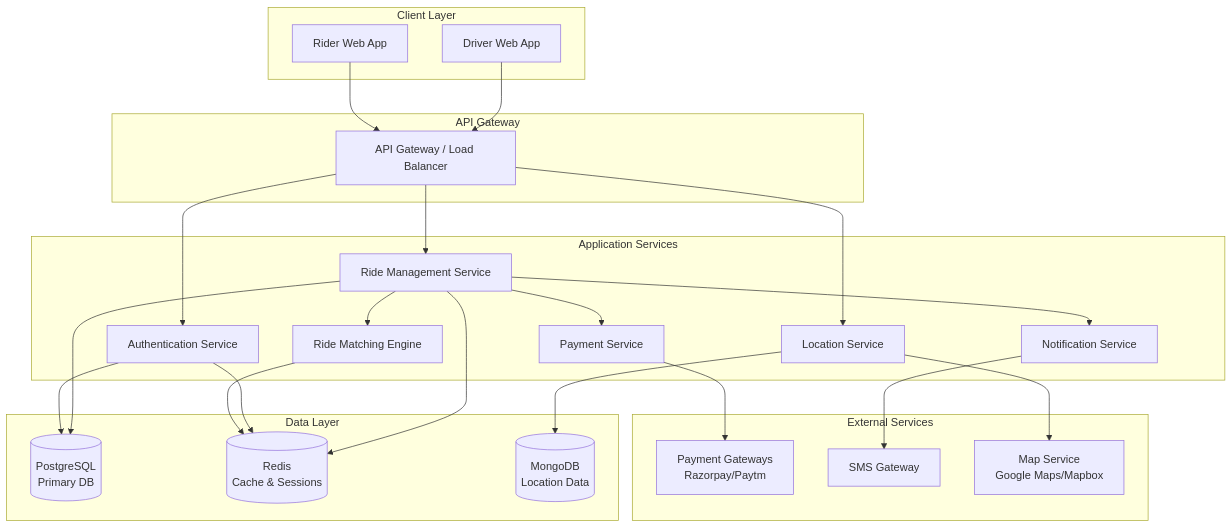
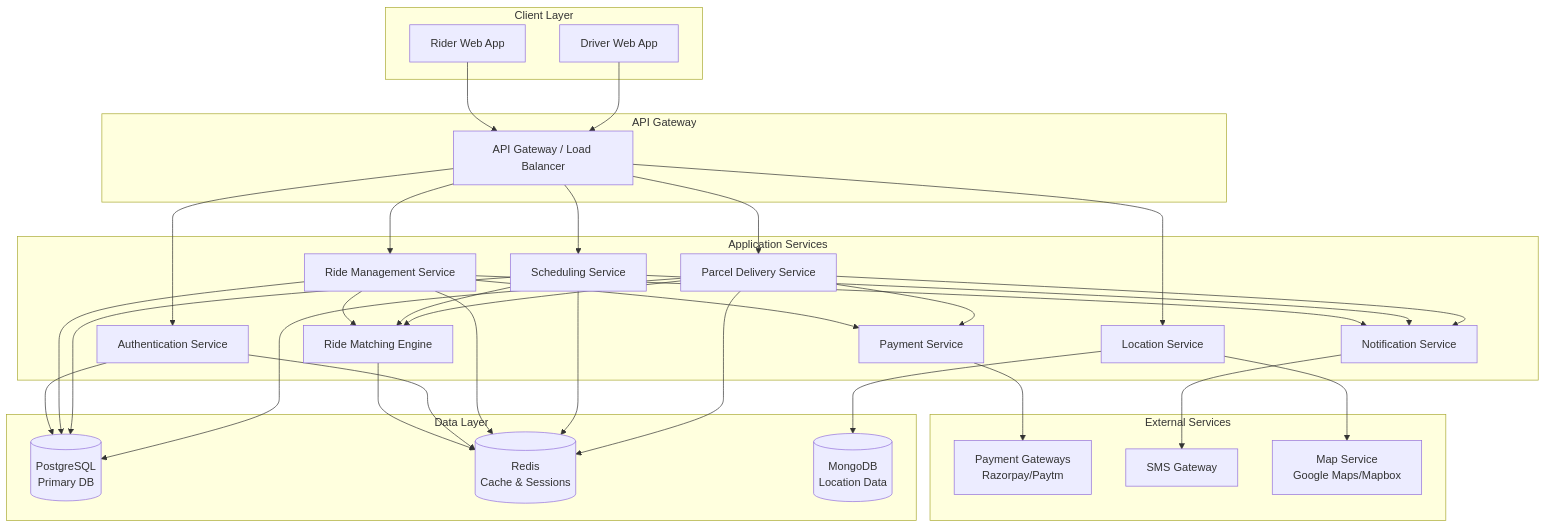
Before and after one commit to ankit1141r/ride_by_my_idea: the diagram in .kiro/specs/ride-hailing-platform/design.md, drawn with Mermaid. The commit also changed other lines of this file and 242 other files, not shown here.

````diff
--- a/.kiro/specs/ride-hailing-platform/design.md
+++ b/.kiro/specs/ride-hailing-platform/design.md
@@ -22,54 +24,67 @@
 ```mermaid
 graph TB
     subgraph "Client Layer"
         RiderWeb[Rider Web App]
         DriverWeb[Driver Web App]
     end
     
     subgraph "API Gateway"
         Gateway[API Gateway / Load Balancer]
     end
     
     subgraph "Application Services"
         AuthService[Authentication Service]
         RideService[Ride Management Service]
+        SchedulingService[Scheduling Service]
+        ParcelService[Parcel Delivery Service]
         MatchingEngine[Ride Matching Engine]
         PaymentService[Payment Service]
         NotificationService[Notification Service]
         LocationService[Location Service]
     end
     
     subgraph "External Services"
         PaymentGW[Payment Gateways<br/>Razorpay/Paytm]
         SMSGateway[SMS Gateway]
         MapService[Map Service<br/>Google Maps/Mapbox]
     end
     
     subgraph "Data Layer"
         PostgreSQL[(PostgreSQL<br/>Primary DB)]
         Redis[(Redis<br/>Cache & Sessions)]
         MongoDB[(MongoDB<br/>Location Data)]
     end
     
     RiderWeb --> Gateway
     DriverWeb --> Gateway
     Gateway --> AuthService
     Gateway --> RideService
+    Gateway --> SchedulingService
+    Gateway --> ParcelService
     Gateway --> LocationService
     
     RideService --> MatchingEngine
     RideService --> PaymentService
     RideService --> NotificationService
+    SchedulingService --> MatchingEngine
+    SchedulingService --> NotificationService
+    ParcelService --> MatchingEngine
+    ParcelService --> PaymentService
+    ParcelService --> NotificationService
     
     PaymentService --> PaymentGW
     NotificationService --> SMSGateway
     LocationService --> MapService
     
     AuthService --> PostgreSQL
     RideService --> PostgreSQL
+    SchedulingService --> PostgreSQL
+    ParcelService --> PostgreSQL
     MatchingEngine --> Redis
     LocationService --> MongoDB
     
     AuthService --> Redis
     RideService --> Redis
+    SchedulingService --> Redis
+    ParcelService --> Redis
 ```
````
